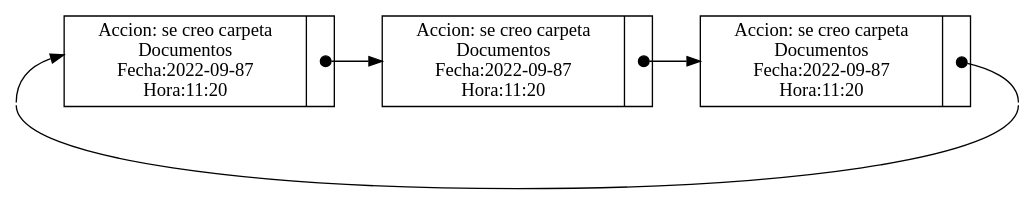
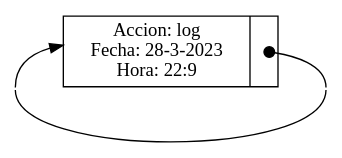
Before and after one commit to walterjav19/EDD_Proyecto1_Fase2: the diagram in ejemplo.dot, drawn with Graphviz. The commit also changed 5 other files, not shown here.

```diff
--- a/ejemplo.dot
+++ b/ejemplo.dot
@@ -1,12 +1,5 @@
-digraph LinkedList{
-  node[shape=record];
-  edge[tailclip=false,arrowtail=dot,dir=both];
-  rankdir=LR;p1[label="{<data> Accion: se creo carpeta\nDocumentos\nFecha:2022-09-87\nHora:11:20|<next>}"]
-p1:next:c -> p2:data;
-p2[label="{<data> Accion: se creo carpeta\nDocumentos\nFecha:2022-09-87\nHora:11:20|<next>}"]
-p2:next:c -> p3:data;
-p3[label="{<data> Accion: se creo carpeta\nDocumentos\nFecha:2022-09-87\nHora:11:20|<next>}"]
-{node[shape=point height=0] p0 p4 }
-p0:n -> p1[arrowtail=none]p0:s -> p4:s[dir=none]
-p3:next:c -> p4:n[arrowhead=none]
+digraph{  node[shape=record];  edge[tailclip=false,arrowtail=dot,dir=both];rankdir=LR;p1[label="{<data> Accion: log \nFecha: 28-3-2023\nHora: 22:9|<next>}"]
+{node[shape=point height=0] p0 p2 }
+p0:n -> p1[arrowtail=none]p0:s -> p2:s[dir=none]
+p1:next:c -> p2:n[arrowhead=none]
 }
```
